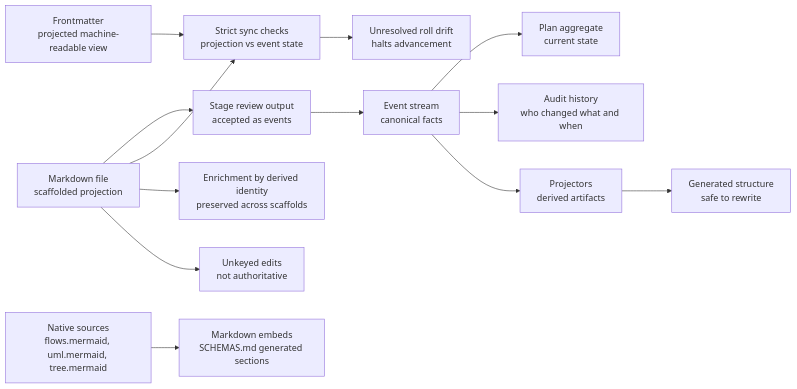
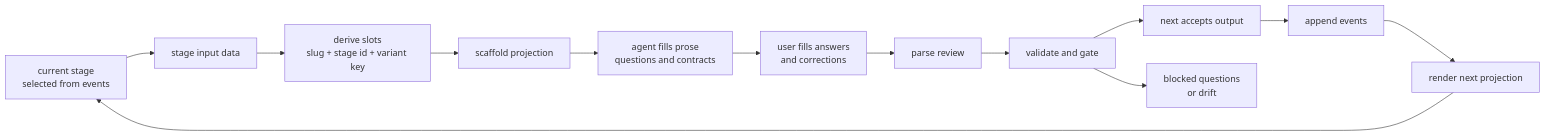
One commit to 9orky/enclosure changed the third of 10 diagrams in .enclosure/plans/planning-workflow/UML.md. Above: the diagram before and after it, drawn with Mermaid. The commit also changed other lines of this file and 9 other files, not shown here.

````diff
--- a/.enclosure/plans/planning-workflow/UML.md
+++ b/.enclosure/plans/planning-workflow/UML.md
@@ -78,17 +59,16 @@
 ```mermaid
 flowchart LR
-    Events["Event stream\ncanonical facts"] --> Aggregate["Plan aggregate\ncurrent state"]
-    Events --> Audit["Audit history\nwho changed what and when"]
-    Events --> Projectors["Projectors\nderived artifacts"]
+    Current["current stage\nselected from events"] --> Input["stage input data"]
+    Input --> Slots["derive slots\nslug + stage id + variant key"]
+    Slots --> Scaffold["scaffold projection"]
+    Scaffold --> Agent["agent fills prose\nquestions and contracts"]
+    Agent --> User["user fills answers\nand corrections"]
+    User --> Parse["parse review"]
+    Parse --> Gate["validate and gate"]
+    Gate --> Accept["next accepts output"]
+    Accept --> Events["append events"]
+    Events --> Project["render next projection"]
+    Project --> Current
 
-    Frontmatter["Frontmatter\nprojected machine-readable view"] --> Drift["Strict sync checks\nprojection vs event state"]
-    Markdown["Markdown file\nscaffolded projection"] --> Input["Stage review output\naccepted as events"]
-    Input --> Events
-    Markdown --> Drift
-    Native["Native sources\nflows.mermaid, uml.mermaid, tree.mermaid"] --> Embeds["Markdown embeds\nSCHEMAS.md generated sections"]
-
-    Projectors --> Generated["Generated structure\nsafe to rewrite"]
-    Markdown --> Enrichment["Enrichment by derived identity\npreserved across scaffolds"]
-    Markdown --> Disposable["Unkeyed edits\nnot authoritative"]
-    Drift --> Halt["Unresolved roll drift\nhalts advancement"]
+    Gate --> Blocked["blocked questions\nor drift"]
 ```
````
